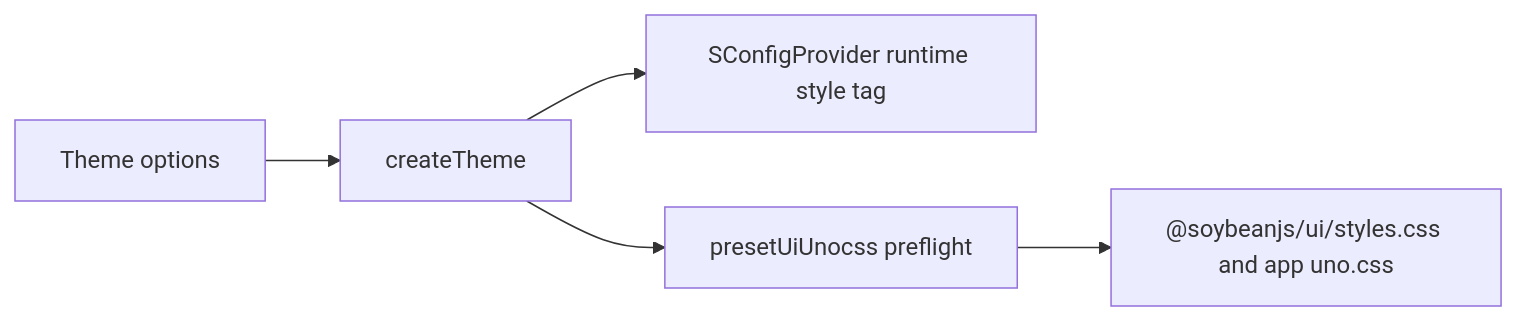
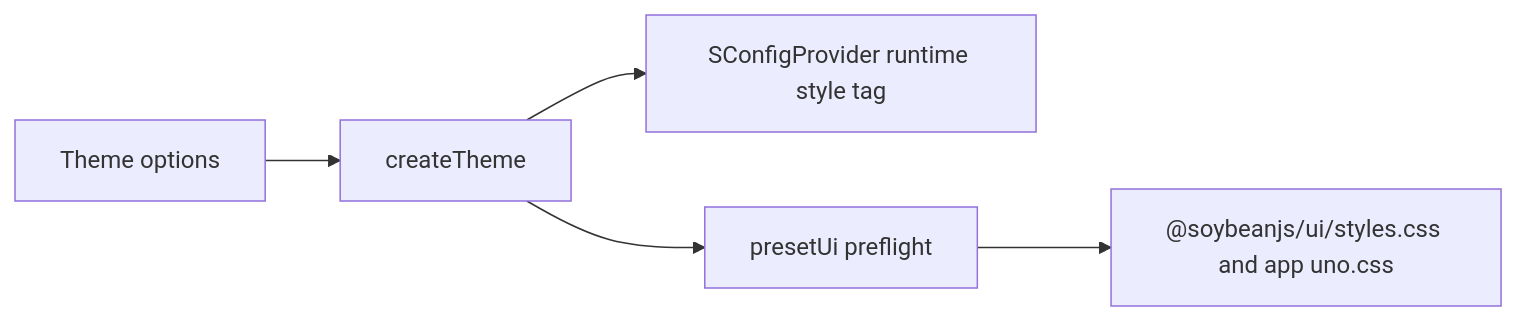
The second of 3 diagrams in docs/architecture.md (soybeanjs/soybean-ui), drawn with Mermaid before and after one commit. The commit also changed other lines of this file and 29 other files, not shown here.

Commit message:
refactor(packages): rename presetUiUnocss to presetUi

````diff
--- a/docs/architecture.md
+++ b/docs/architecture.md
@@ -217,7 +217,7 @@
 ```mermaid
 flowchart LR
   Options[Theme options] --> Generator[createTheme]
   Generator --> Runtime[SConfigProvider runtime style tag]
-  Generator --> Preset[presetUiUnocss preflight]
+  Generator --> Preset[presetUi preflight]
   Preset --> CSS["@soybeanjs/ui/styles.css and app uno.css"]
 ```
````
